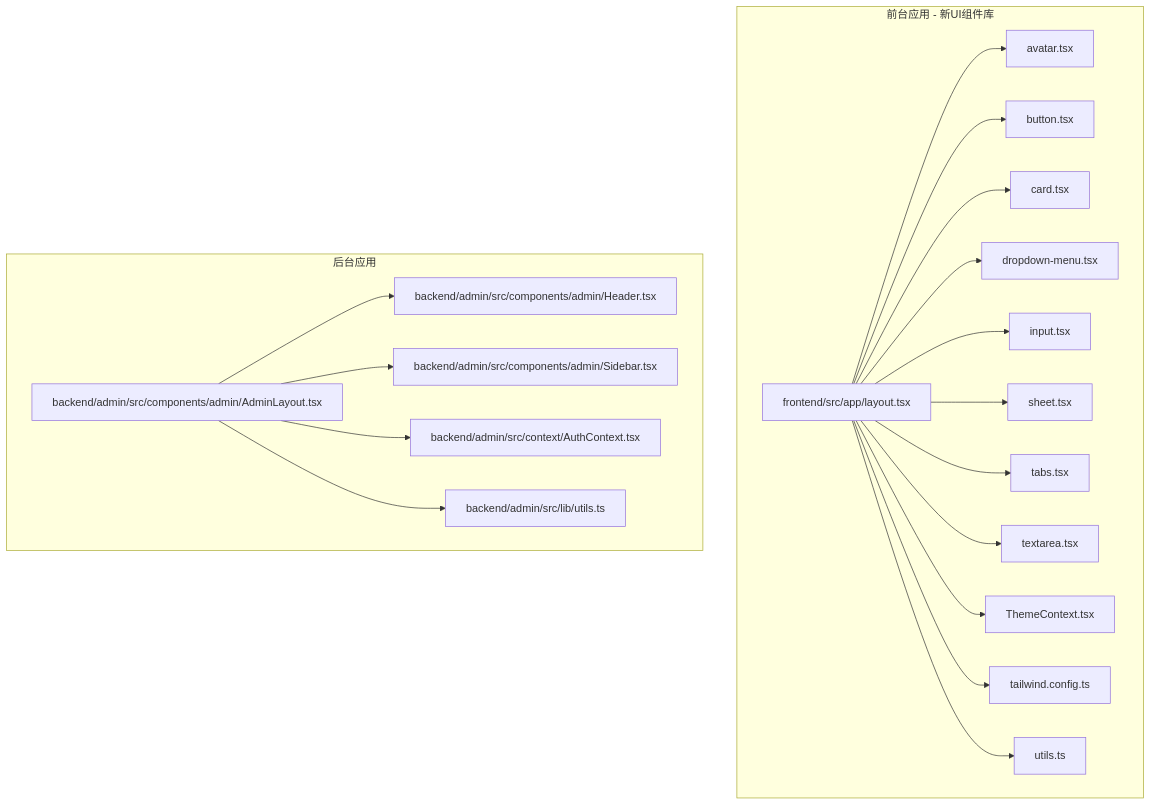
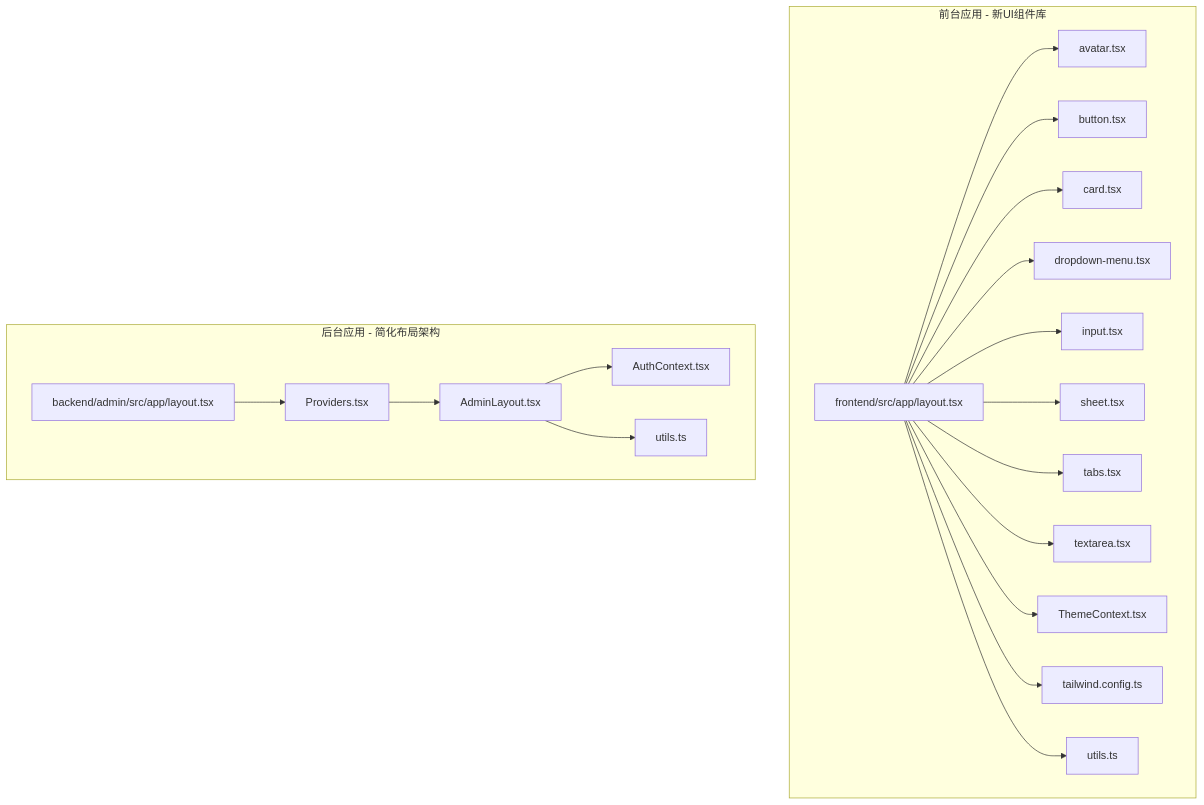
One commit to KunLabAI/KunFlix changed the first of 5 diagrams in .qoder/repowiki/zh/content/前端开发指南/UI 组件设计.md. Above: the diagram before and after it, drawn with Mermaid. The commit also changed other lines of this file and 13 other files, not shown here.

````diff
--- a/.qoder/repowiki/zh/content/前端开发指南/UI 组件设计.md
+++ b/.qoder/repowiki/zh/content/前端开发指南/UI 组件设计.md
@@ -55,39 +56,39 @@
 ```mermaid
 graph TB
 subgraph "前台应用 - 新UI组件库"
 FRoot["frontend/src/app/layout.tsx"]
 FAvatar["avatar.tsx"]
 FButton["button.tsx"]
 FCard["card.tsx"]
 FDropdown["dropdown-menu.tsx"]
 FInput["input.tsx"]
 FSheet["sheet.tsx"]
 FTabs["tabs.tsx"]
 FTextarea["textarea.tsx"]
 FTheme["ThemeContext.tsx"]
 FTailwind["tailwind.config.ts"]
 FUtils["utils.ts"]
 end
-subgraph "后台应用"
-AAL["backend/admin/src/components/admin/AdminLayout.tsx"]
-AH["backend/admin/src/components/admin/Header.tsx"]
-AS["backend/admin/src/components/admin/Sidebar.tsx"]
-ACtx["backend/admin/src/context/AuthContext.tsx"]
-AUtil["backend/admin/src/lib/utils.ts"]
+subgraph "后台应用 - 简化布局架构"
+ARoot["backend/admin/src/app/layout.tsx"]
+AProviders["Providers.tsx"]
+AAL["AdminLayout.tsx"]
+AAuth["AuthContext.tsx"]
+AUtil["utils.ts"]
 end
 FRoot --> FAvatar
 FRoot --> FButton
 FRoot --> FCard
 FRoot --> FDropdown
 FRoot --> FInput
 FRoot --> FSheet
 FRoot --> FTabs
 FRoot --> FTextarea
 FRoot --> FTheme
 FRoot --> FTailwind
 FRoot --> FUtils
-AAL --> AH
-AAL --> AS
-AAL --> ACtx
+ARoot --> AProviders
+AProviders --> AAL
+AAL --> AAuth
 AAL --> AUtil
 ```
````
